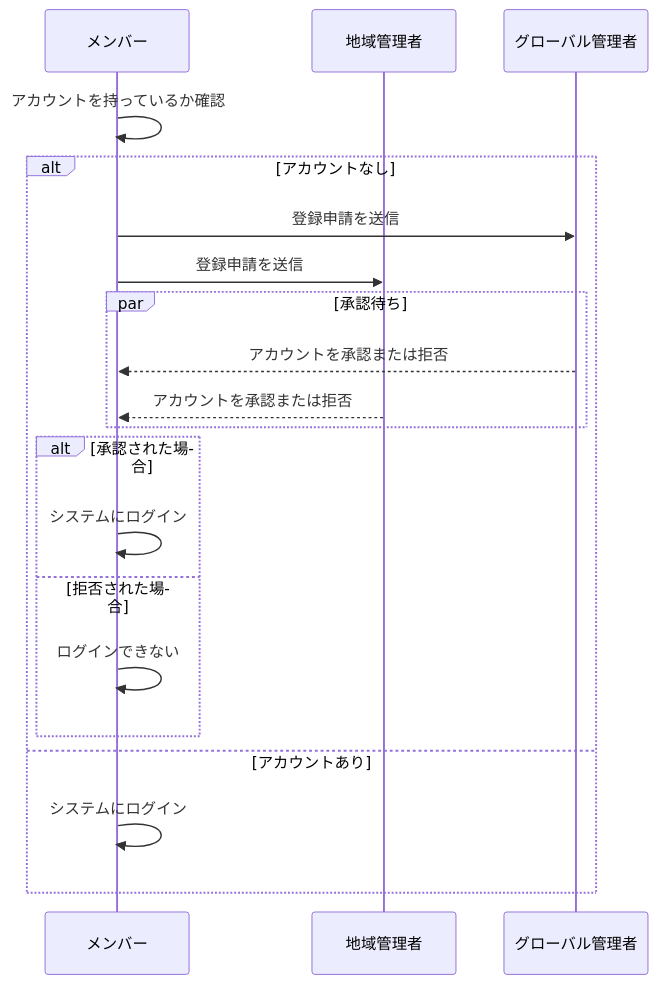
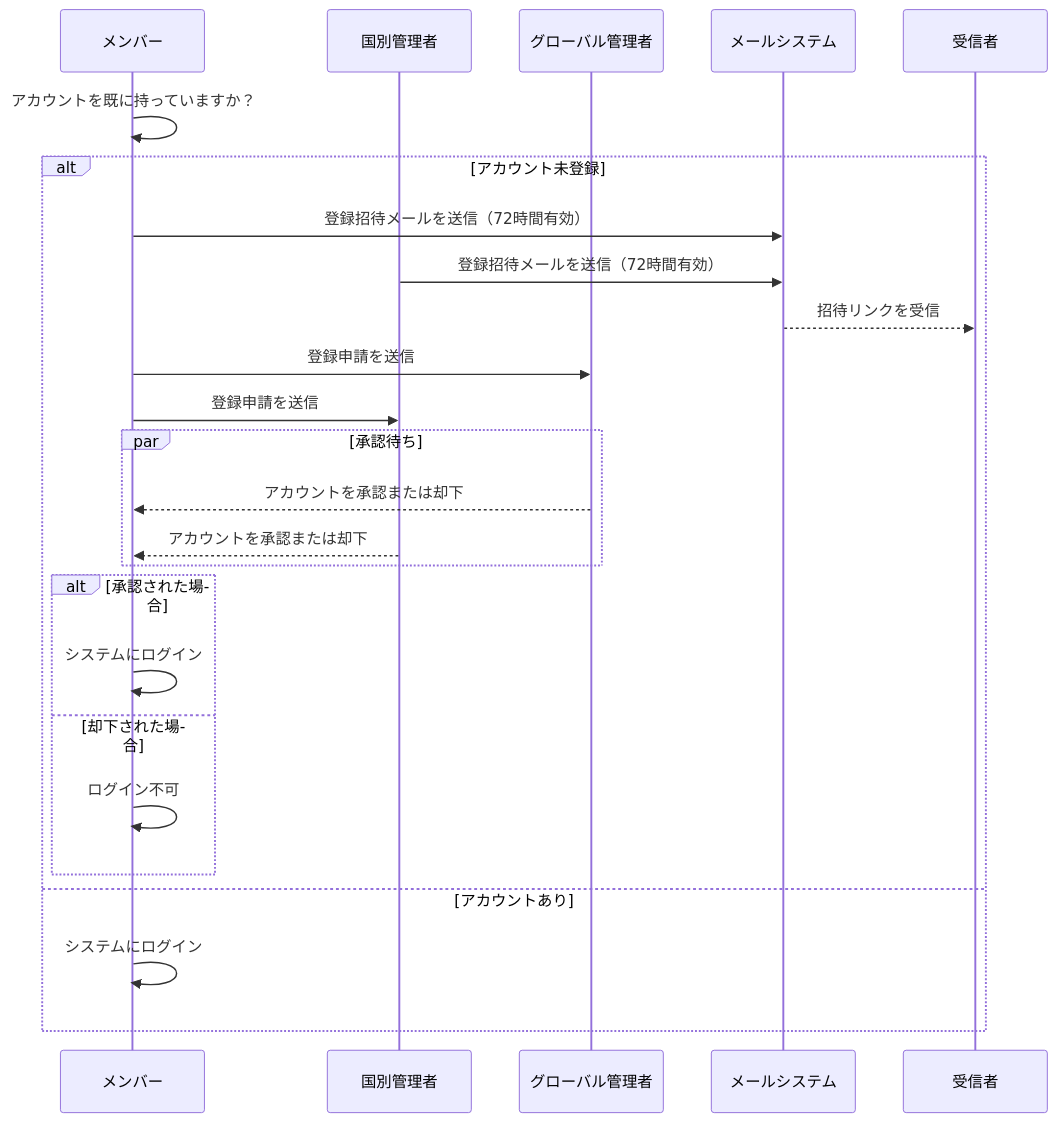
One commit to yopaz-tuanta/aloha-mermaid changed the diagram in register_jp.mmd. Above: the diagram before and after it, drawn with Mermaid. The commit also changed 3 other files, not shown here.

```diff
--- a/register_jp.mmd
+++ b/register_jp.mmd
@@ -1,21 +1,26 @@
 sequenceDiagram
     participant M as メンバー
-    participant CA as 地域管理者
+    participant CA as 国別管理者
     participant GA as グローバル管理者
+    participant Mail as メールシステム
 
-    M->>M: アカウントを持っているか確認
-    alt アカウントなし
+    M->>M: アカウントを既に持っていますか？
+    alt アカウント未登録
+        M->>Mail: 登録招待メールを送信（72時間有効）
+        CA->>Mail: 登録招待メールを送信（72時間有効）
+        Mail-->>受信者: 招待リンクを受信
+
         M->>GA: 登録申請を送信
         M->>CA: 登録申請を送信
         par 承認待ち
-            GA-->>M: アカウントを承認または拒否
-            CA-->>M: アカウントを承認または拒否
+            GA-->>M: アカウントを承認または却下
+            CA-->>M: アカウントを承認または却下
         end
         alt 承認された場合
             M->>M: システムにログイン
-        else 拒否された場合
-            M->>M: ログインできない
+        else 却下された場合
+            M->>M: ログイン不可
         end
     else アカウントあり
         M->>M: システムにログイン
     end
```
